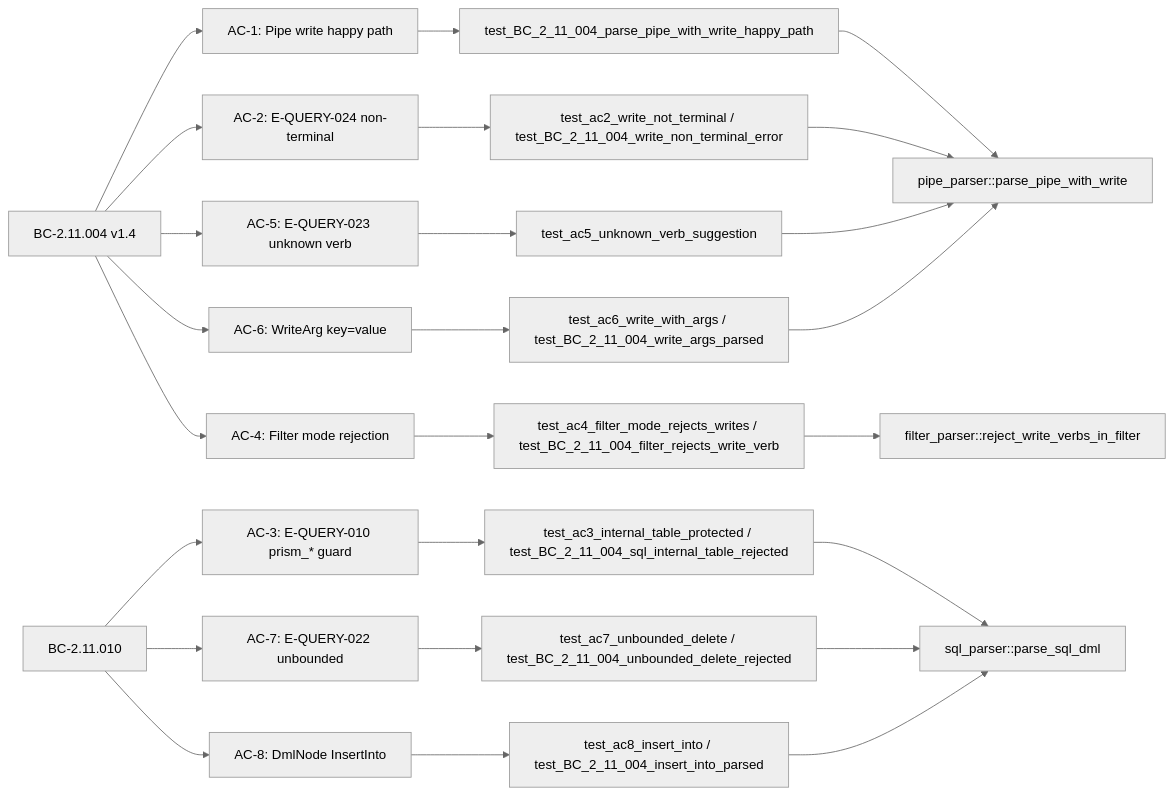
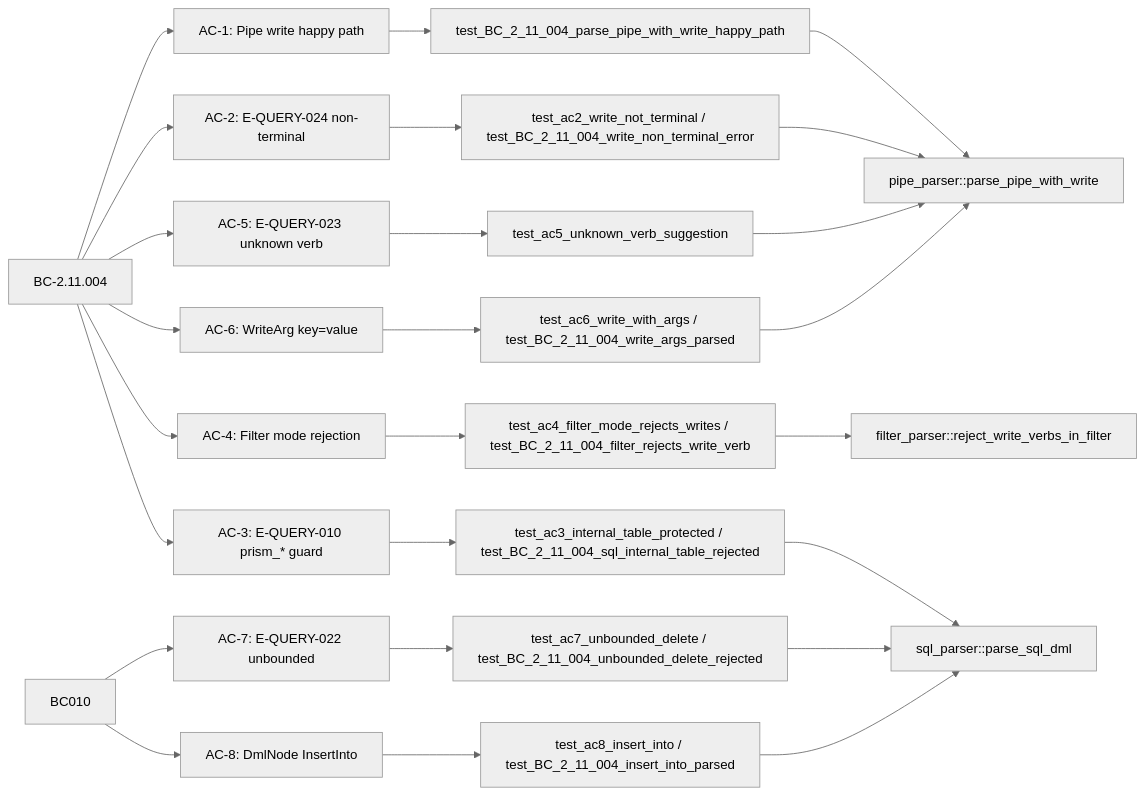
Before and after one commit to drbothen/prism: the third of 3 diagrams in code-delivery/S-3.06/pr-description.md, drawn with Mermaid (neutral theme).

Commit message:
docs(S-3.06): F-PR130-P1-LOW-001 — fix PR description traceability Mermaid (BC-2.11.010 → BC-2.11.004)

````diff
--- a/code-delivery/S-3.06/pr-description.md
+++ b/code-delivery/S-3.06/pr-description.md
@@ -66,27 +66,27 @@
 ```mermaid
 flowchart LR
     BC004[BC-2.11.004 v1.4] --> AC1[AC-1: Pipe write happy path]
     BC004 --> AC2[AC-2: E-QUERY-024 non-terminal]
     BC004 --> AC5[AC-5: E-QUERY-023 unknown verb]
     BC004 --> AC6[AC-6: WriteArg key=value]
     BC004 --> AC4[AC-4: Filter mode rejection]
-    BC010[BC-2.11.010] --> AC3[AC-3: E-QUERY-010 prism_* guard]
+    BC004[BC-2.11.004] --> AC3[AC-3: E-QUERY-010 prism_* guard]
     BC010 --> AC7[AC-7: E-QUERY-022 unbounded]
     BC010 --> AC8[AC-8: DmlNode InsertInto]
     AC1 --> T1[test_BC_2_11_004_parse_pipe_with_write_happy_path]
     AC2 --> T2[test_ac2_write_not_terminal / test_BC_2_11_004_write_non_terminal_error]
     AC3 --> T3[test_ac3_internal_table_protected / test_BC_2_11_004_sql_internal_table_rejected]
     AC4 --> T4[test_ac4_filter_mode_rejects_writes / test_BC_2_11_004_filter_rejects_write_verb]
     AC5 --> T5[test_ac5_unknown_verb_suggestion]
     AC6 --> T6[test_ac6_write_with_args / test_BC_2_11_004_write_args_parsed]
     AC7 --> T7[test_ac7_unbounded_delete / test_BC_2_11_004_unbounded_delete_rejected]
     AC8 --> T8[test_ac8_insert_into / test_BC_2_11_004_insert_into_parsed]
     T1 --> I1[pipe_parser::parse_pipe_with_write]
     T2 --> I1
     T3 --> I2[sql_parser::parse_sql_dml]
     T4 --> I3[filter_parser::reject_write_verbs_in_filter]
     T5 --> I1
     T6 --> I1
     T7 --> I2
     T8 --> I2
 ```
````
